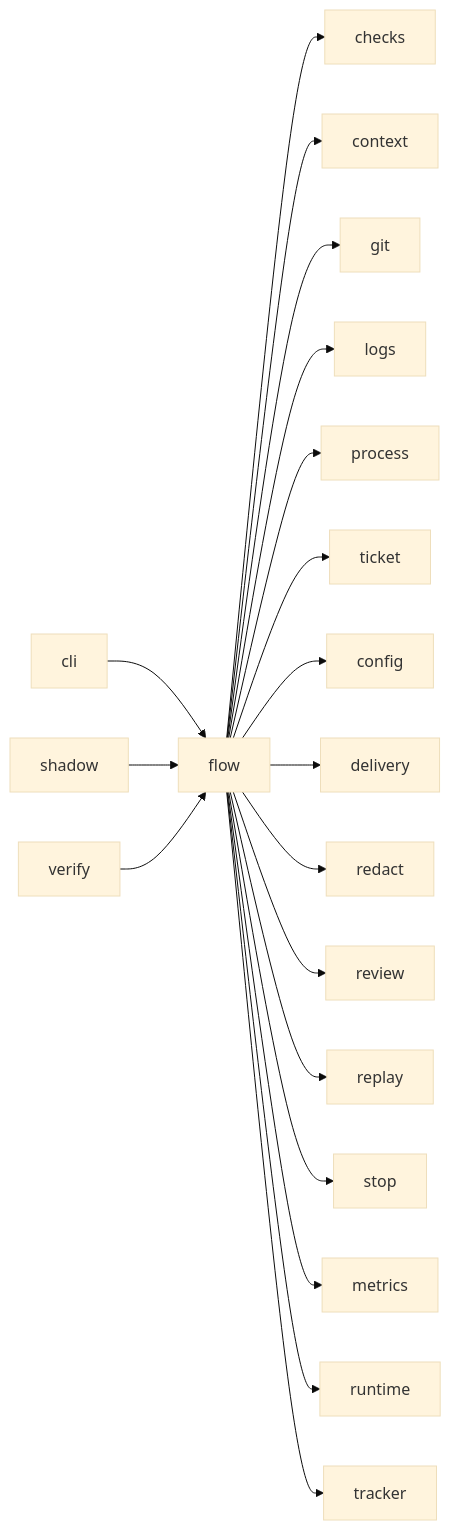
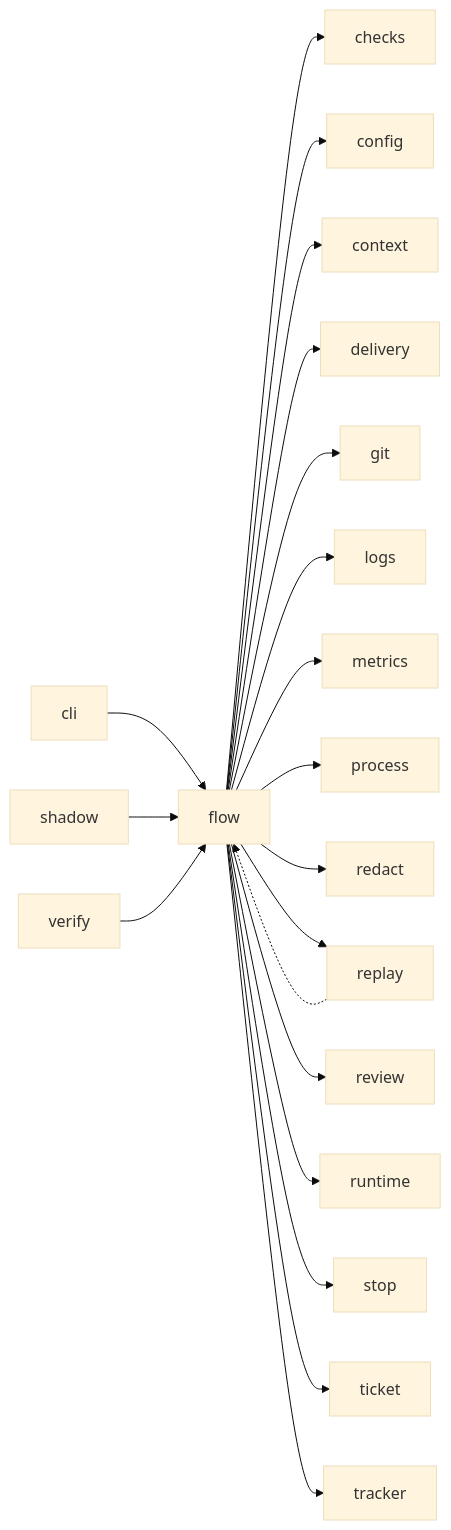
Before and after one commit to plaplanche/ariane: the diagram in docs/architecture/modules/flow.md, drawn with Mermaid (base theme). The commit also changed other lines of this file and 33 other files, not shown here.

Commit message:
#120: Generate the module dependency graphs of the architecture docs from the code (C25)

````diff
--- a/docs/architecture/modules/flow.md
+++ b/docs/architecture/modules/flow.md
@@ -28,21 +29,22 @@
 ```mermaid
 flowchart LR
+  cli --> flow
   flow --> checks
+  flow --> config
   flow --> context
+  flow --> delivery
   flow --> git
   flow --> logs
+  flow --> metrics
   flow --> process
+  flow --> redact
+  flow --> replay
+  flow --> review
+  flow --> runtime
+  flow --> stop
   flow --> ticket
-  flow --> config
-  flow --> delivery
-  flow --> redact
-  flow --> review
-  flow --> replay
-  flow --> stop
-  flow --> metrics
-  flow --> runtime
   flow --> tracker
-  cli --> flow
+  replay -.-> flow
   shadow --> flow
   verify --> flow
 ```
````
